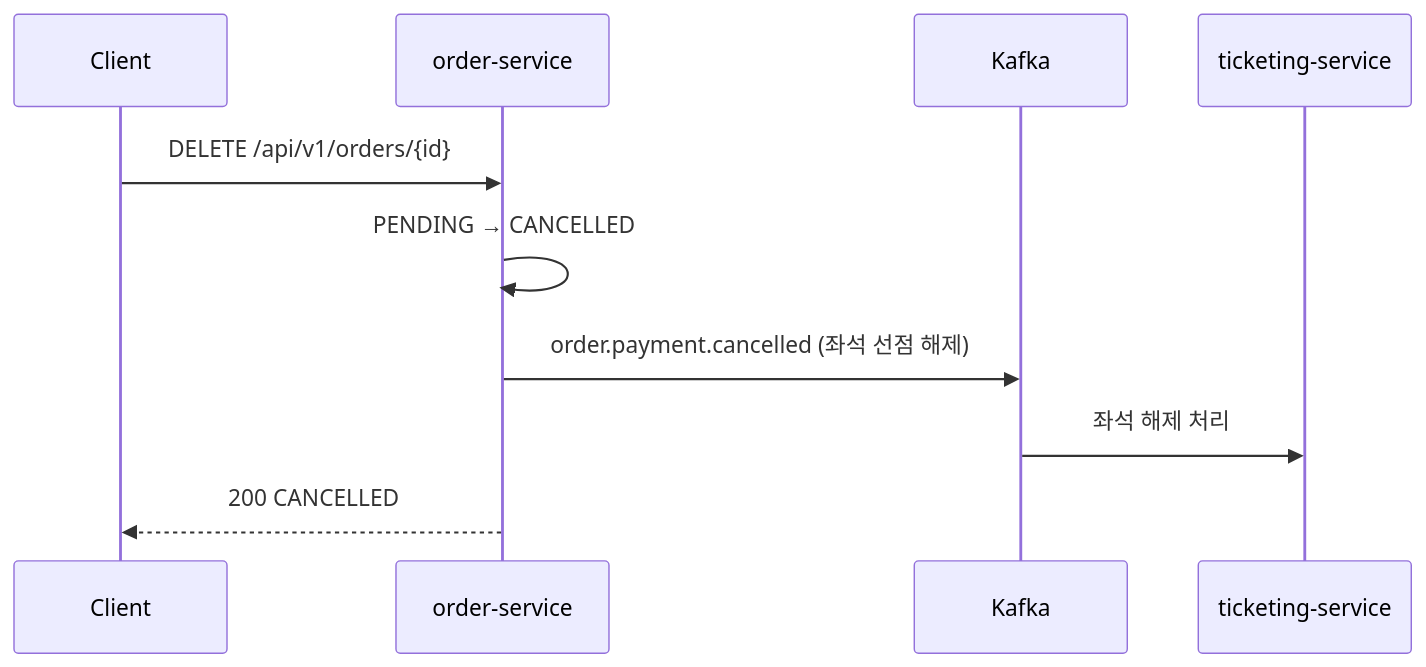
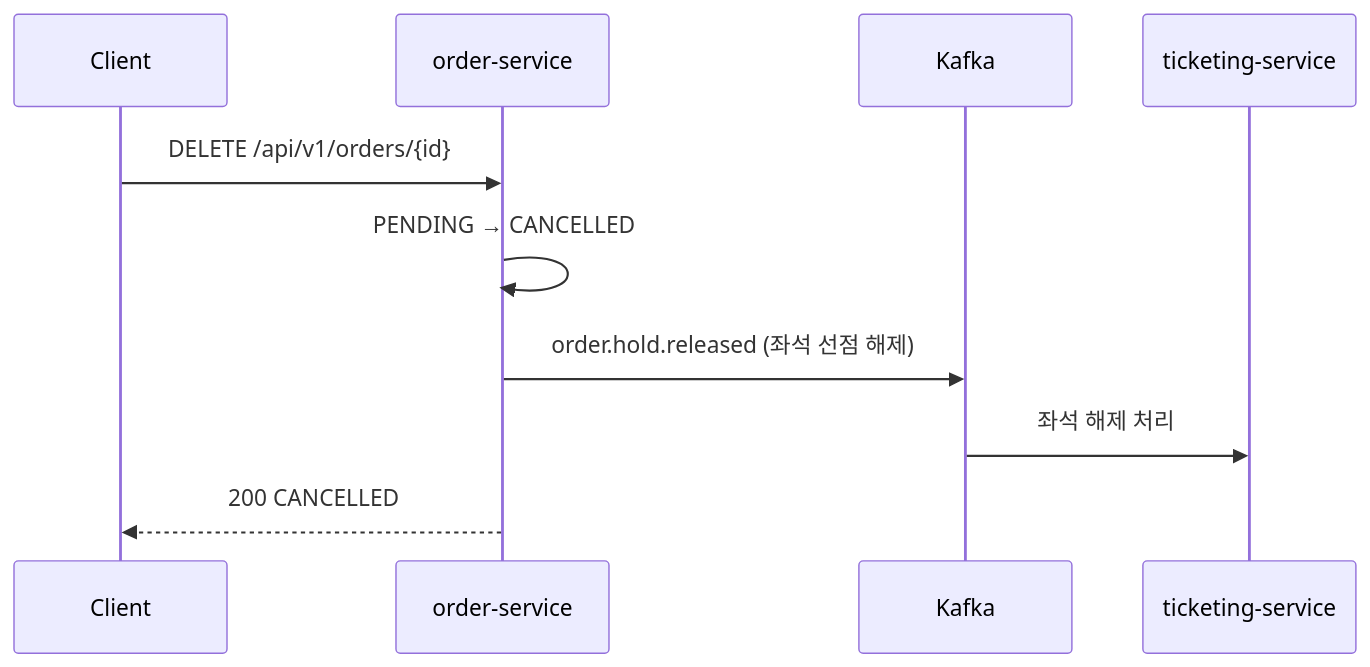
The second of 6 diagrams in docs/order-service/flows.md (6pm-sparta/6pm), drawn with Mermaid before and after one commit. The commit also changed other lines of this file and 2 other files, not shown here.

First line of the commit message:
docs: 타임아웃 스케줄러 및 hold.released 반영

````diff
--- a/docs/order-service/flows.md
+++ b/docs/order-service/flows.md
@@ -77,13 +77,13 @@
 ```mermaid
 sequenceDiagram
     participant C as Client
     participant O as order-service
     participant K as Kafka
     participant T as ticketing-service
 
     C->>O: DELETE /api/v1/orders/{id}
     O->>O: PENDING → CANCELLED
-    O->>K: order.payment.cancelled (좌석 선점 해제)
+    O->>K: order.hold.released (좌석 선점 해제)
     K->>T: 좌석 해제 처리
     O-->>C: 200 CANCELLED
 ```
````
